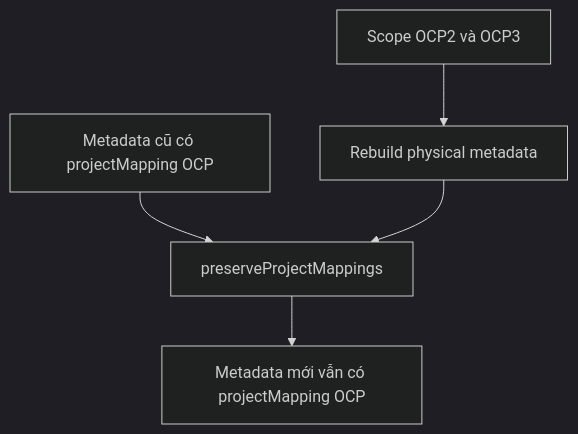
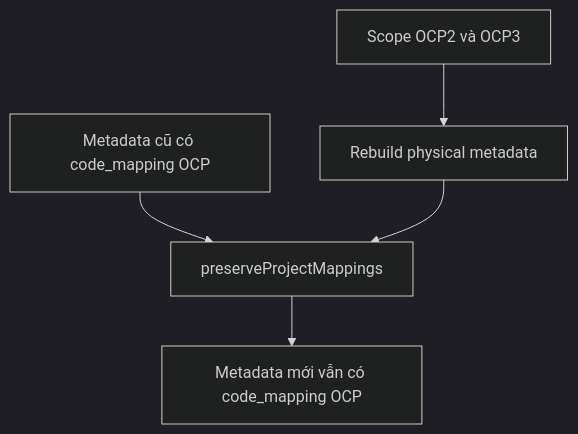
The fourth of 6 diagrams in BDSKD-6590-ocp23-project-mapping-spec.md (huynv-xyz/vhm), drawn with Mermaid (dark theme) before and after one commit. The commit also changed other lines of this file, not shown here.

````diff
--- a/BDSKD-6590-ocp23-project-mapping-spec.md
+++ b/BDSKD-6590-ocp23-project-mapping-spec.md
@@ -428,7 +429,7 @@
 ```mermaid
 flowchart TD
     SCOPE[Scope OCP2 và OCP3] --> REBUILD[Rebuild physical metadata]
-    OLD[Metadata cũ có projectMapping OCP] --> PRESERVE[preserveProjectMappings]
+    OLD[Metadata cũ có code_mapping OCP] --> PRESERVE[preserveProjectMappings]
     REBUILD --> PRESERVE
-    PRESERVE --> RESULT[Metadata mới vẫn có projectMapping OCP]
+    PRESERVE --> RESULT[Metadata mới vẫn có code_mapping OCP]
 ```
````
